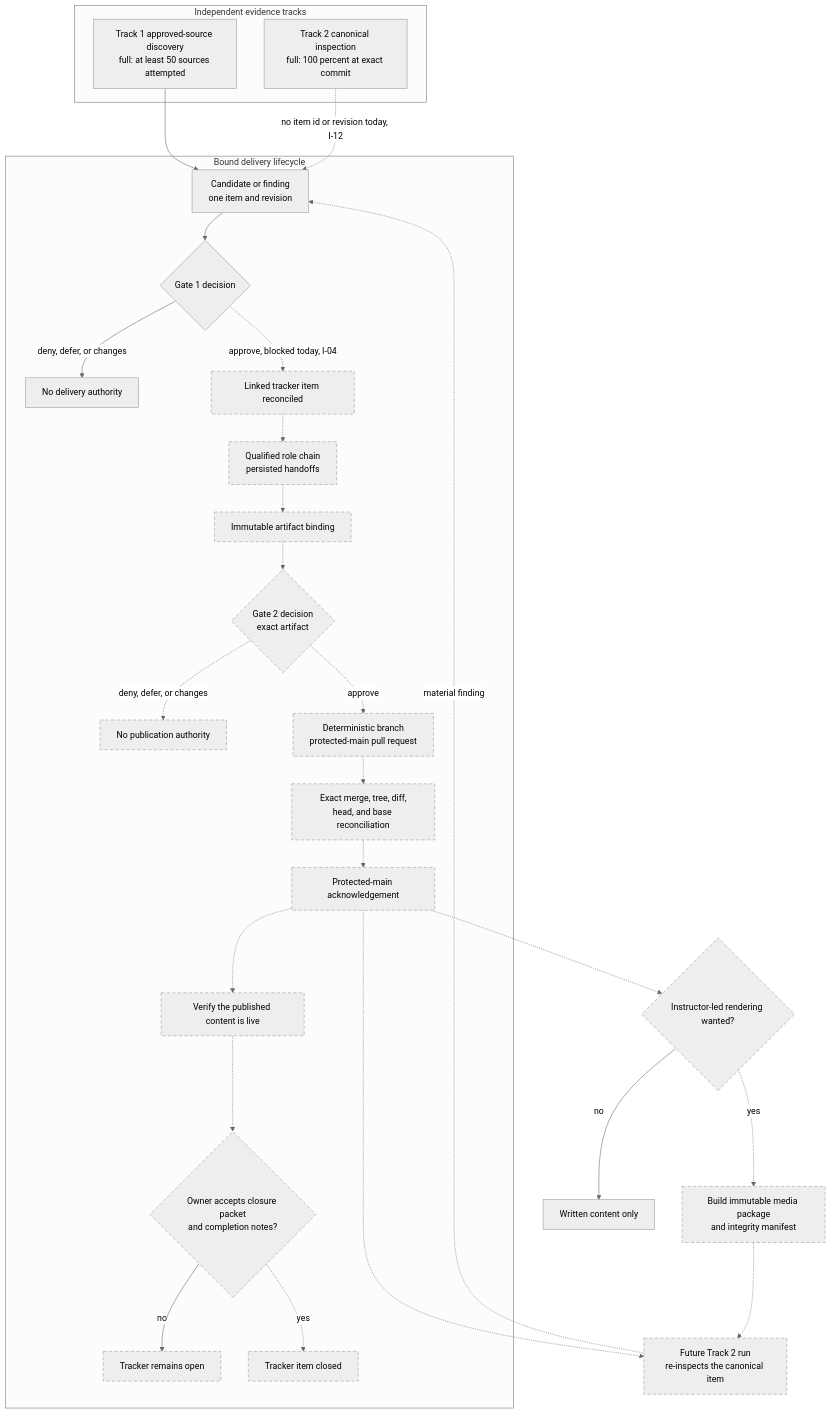
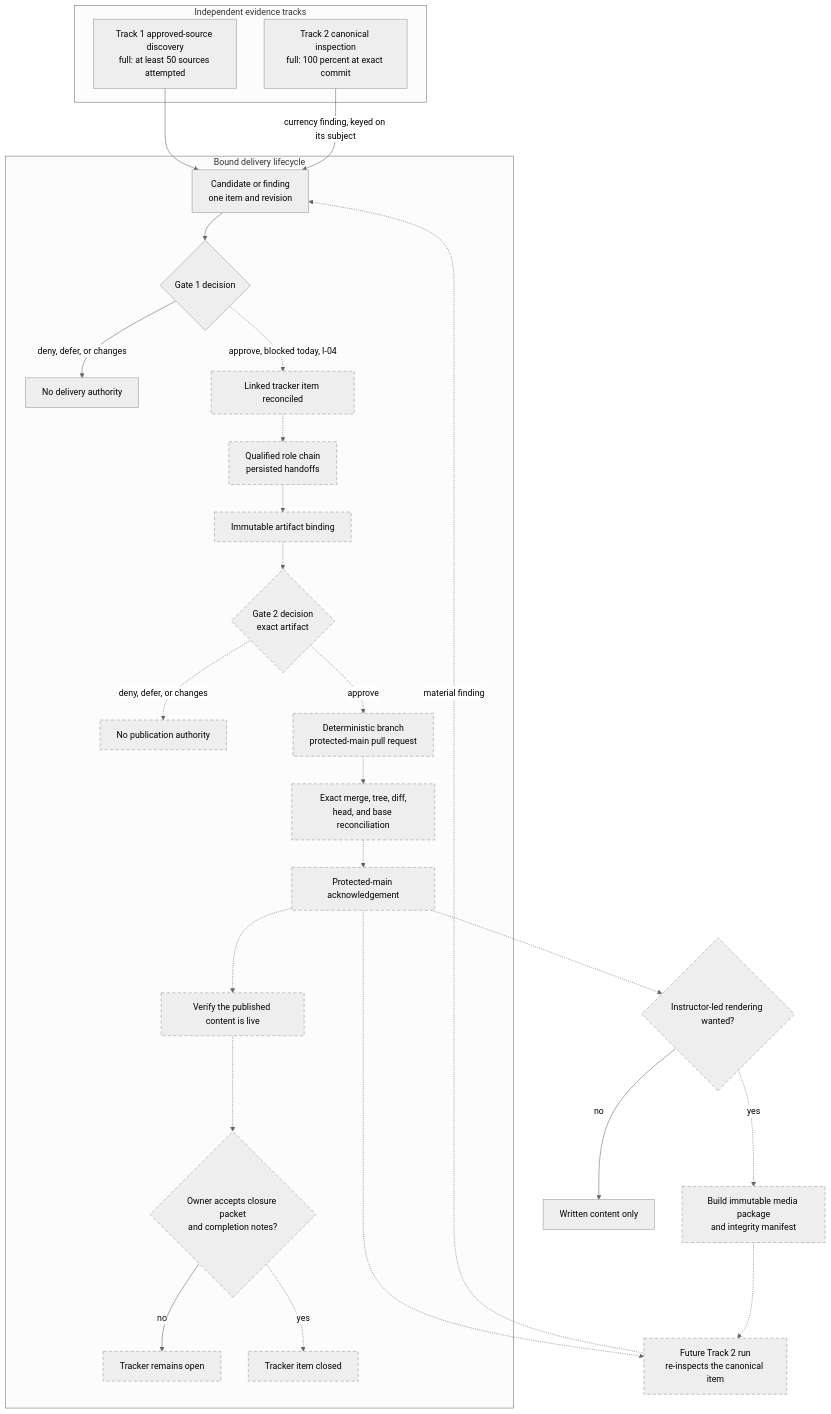
The diagram in docs/lifecycle.mmd (project42dev/orchard), drawn with Mermaid (neutral theme) before and after one commit. The commit also changed 1 other file, not shown here.

Commit message:
docs: stop the diagrams asserting a defect that is fixed AB#6167
lifecycle.md and lifecycle.mmd still drew the currency-to-item edge as dotted
and labelled it "no item id or revision today, I-12", which contradicts
lifecycle-steps.md as of the previous commit. A currency finding is a
workflow_item keyed on its subject; the edge is solid.

Claude-Session: https://claude.ai/code/session_016osJi7r1nBVMWDJn8qc1pk

```diff
--- a/docs/lifecycle.mmd
+++ b/docs/lifecycle.mmd
@@ -1,41 +1,41 @@
 %% Corrected 2026-08-15 (T10). This diagram previously had no node for step
 %% 14, live verification, and drew several unbuilt edges as solid/built. Both
 %% are fixed here. See docs/lifecycle-steps.md for the per-step detail
 %% (job, script, database, table, actor, failure mode) this diagram is a
 %% visual summary of, and for the "two Mermaid diagrams" reconciliation note.
 flowchart TD
     subgraph EVIDENCE["Independent evidence tracks"]
         A1["Track 1 approved-source discovery<br/>full: at least 50 sources attempted"]
         A2["Track 2 canonical inspection<br/>full: 100 percent at exact commit"]
     end
 
     A1 --> B1["Candidate or finding<br/>one item and revision"]
-    A2 -.->|"no item id or revision today, I-12"| B1
+    A2 -->|"currency finding, keyed on its subject"| B1
 
     subgraph DELIVERY["Bound delivery lifecycle"]
         B1 --> B2{"Gate 1 decision"}
         B2 -->|deny, defer, or changes| B3["No delivery authority"]
         B2 -.->|"approve, blocked today, I-04"| B4["Linked tracker item reconciled"]
         B4 -.-> B5["Qualified role chain<br/>persisted handoffs"]
         B5 -.-> B6["Immutable artifact binding"]
         B6 -.-> B7{"Gate 2 decision<br/>exact artifact"}
         B7 -.->|deny, defer, or changes| B8["No publication authority"]
         B7 -.->|approve| B9["Deterministic branch<br/>protected-main pull request"]
         B9 -.-> B10["Exact merge, tree, diff,<br/>head, and base reconciliation"]
         B10 -.-> B11["Protected-main acknowledgement"]
         B11 -.-> B11V["Verify the published content is live"]
         B11V -.-> B12{"Owner accepts closure packet<br/>and completion notes?"}
         B12 -->|no| B13["Tracker remains open"]
         B12 -.->|yes| B14["Tracker item closed"]
     end
 
     B11 -.-> C1{"Instructor-led rendering wanted?"}
     C1 -->|no| C2["Written content only"]
     C1 -.->|yes| C3["Build immutable media package<br/>and integrity manifest"]
 
     B11 -.-> D1["Future Track 2 run<br/>re-inspects the canonical item"]
     C3 -.-> D1
     D1 -.->|material finding| B1
 
     classDef notbuilt stroke-dasharray: 6 4
     class B4,B5,B6,B7,B8,B9,B10,B11,B11V,B12,B13,B14,C1,C3,D1 notbuilt
```
